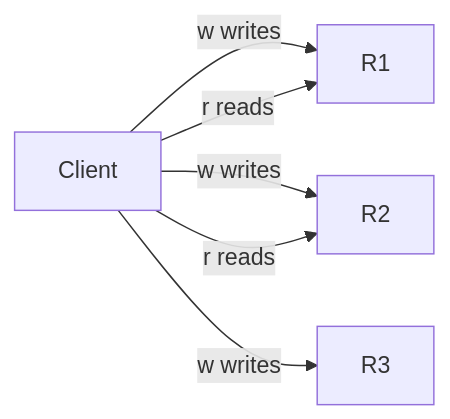
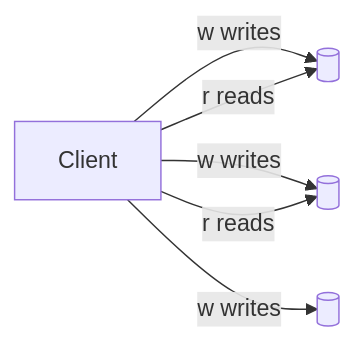
Before and after one commit to pmagnomuller/pmagnomuller.github.io: the second of 2 diagrams in _ddia/ch05-replication.md, drawn with Mermaid. The commit also changed other lines of this file and 28 other files, not shown here.

````diff
--- a/_ddia/ch05-replication.md
+++ b/_ddia/ch05-replication.md
@@ -31,5 +49,5 @@
 ```mermaid
 flowchart LR
-  C[Client] -->|w writes| R1 & R2 & R3
+  C[Client] -->|w writes| R1[( )] & R2[( )] & R3[( )]
   C -->|r reads| R1 & R2
 ```
````
